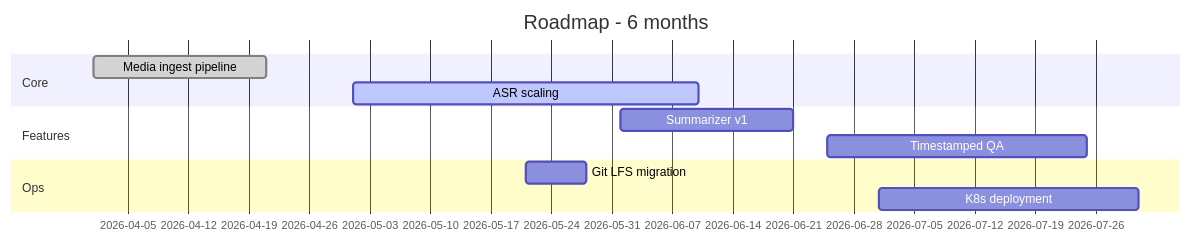
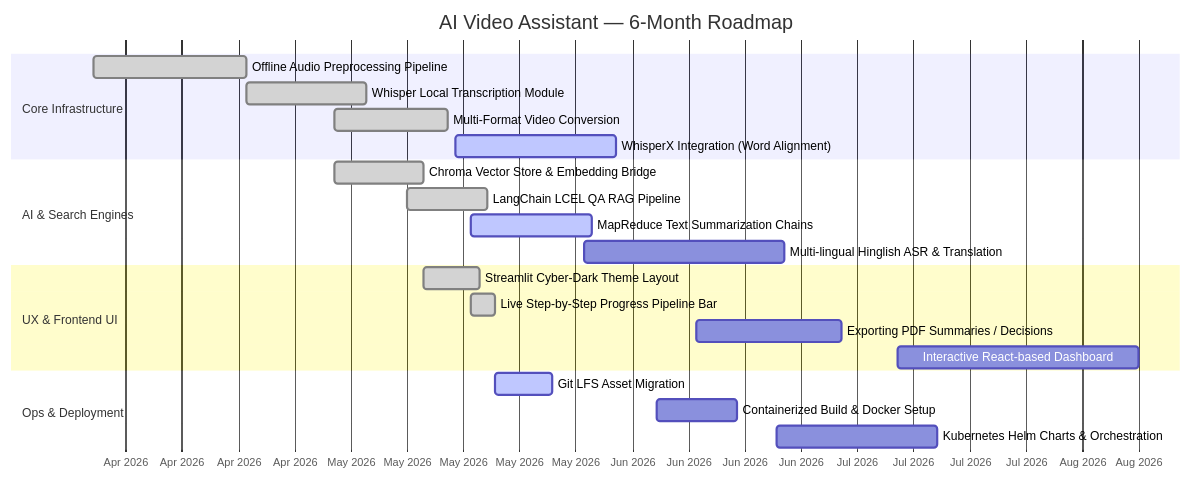
One commit to Ifrah27/AI-Video-Assistant changed the ninth of 9 diagrams in README.md. Above: the diagram before and after it, drawn with Mermaid. The commit also changed other lines of this file and 1 other file, not shown here.

Commit message:
docs: overhaul README with ultra-premium design and diagrams

````diff
--- a/README.md
+++ b/README.md
@@ -251,14 +452,29 @@
 ```mermaid
 gantt
-  dateFormat  YYYY-MM-DD
-  title Roadmap - 6 months
-  section Core
-  Media ingest pipeline :done, des1, 2026-04-01, 20d
-  ASR scaling :active, des2, 2026-05-01, 40d
-  section Features
-  Summarizer v1 :des3, 2026-06-01, 20d
-  Timestamped QA :des4, 2026-06-25, 30d
-  section Ops
-  Git LFS migration :des5, 2026-05-21, 7d
-  K8s deployment :des6, 2026-07-01, 30d
+    title AI Video Assistant — 6-Month Roadmap
+    dateFormat  YYYY-MM-DD
+    axisFormat  %b %Y
+    
+    section Core Infrastructure
+    Offline Audio Preprocessing Pipeline      :done, a1, 2026-04-01, 2026-04-20
+    Whisper Local Transcription Module       :done, a2, 2026-04-20, 2026-05-05
+    Multi-Format Video Conversion            :done, a3, 2026-05-01, 2026-05-15
+    WhisperX Integration (Word Alignment)    :active, a4, 2026-05-16, 20d
+
+    section AI & Search Engines
+    Chroma Vector Store & Embedding Bridge   :done, b1, 2026-05-01, 2026-05-12
+    LangChain LCEL QA RAG Pipeline           :done, b2, 2026-05-10, 2026-05-20
+    MapReduce Text Summarization Chains       :active, b3, 2026-05-18, 15d
+    Multi-lingual Hinglish ASR & Translation  :b4, 2026-06-01, 25d
+
+    section UX & Frontend UI
+    Streamlit Cyber-Dark Theme Layout        :done, c1, 2026-05-12, 2026-05-19
+    Live Step-by-Step Progress Pipeline Bar  :done, c2, 2026-05-18, 2026-05-21
+    Exporting PDF Summaries / Decisions       :c3, 2026-06-15, 18d
+    Interactive React-based Dashboard        :c4, 2026-07-10, 30d
+
+    section Ops & Deployment
+    Git LFS Asset Migration                  :active, d1, 2026-05-21, 7d
+    Containerized Build & Docker Setup       :d2, 2026-06-10, 10d
+    Kubernetes Helm Charts & Orchestration   :d3, 2026-06-25, 20d
 ```
````
